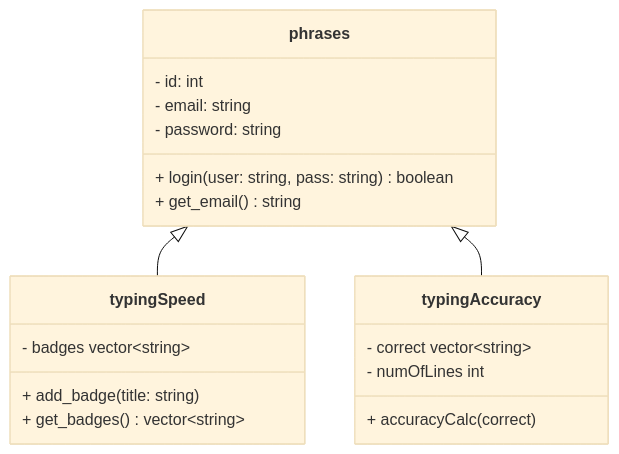
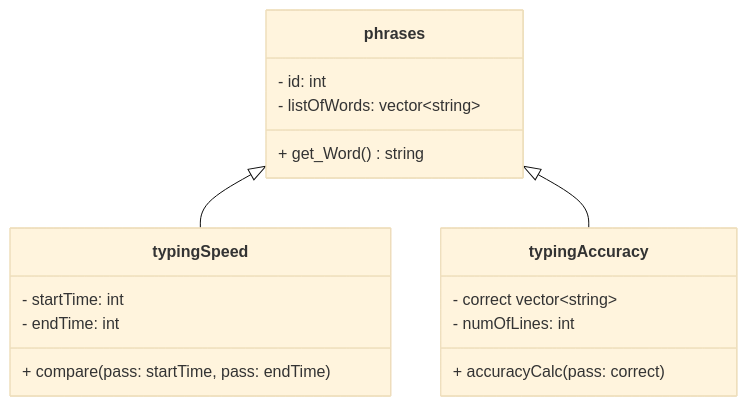
The diagram in README.md (oerivas-star/tippitytappity-design), drawn with Mermaid (base theme) before and after one commit.

````diff
--- a/README.md
+++ b/README.md
@@ -8,22 +8,20 @@
 ```mermaid
 classDiagram
   phrases <|-- typingSpeed
   phrases <|-- typingAccuracy
   class phrases{
         - id: int
-        - email: string
-        - password: string
-        + login(user: string, pass: string) boolean
-        + get_email() string
+        - listOfWords: vector~string~
+        + get_Word() string
   }
   class typingSpeed{
-        - badges vector~string~
-        + add_badge(title: string)
-        + get_badges() vector~string~
+        - startTime: int
+        - endTime: int
+        + compare(pass: startTime, pass: endTime)
   }
   class typingAccuracy{
         - correct vector~string~
-        - numOfLines int
-        + accuracyCalc( correct )
+        - numOfLines: int
+        + accuracyCalc( pass: correct )
   }
 ```
````
